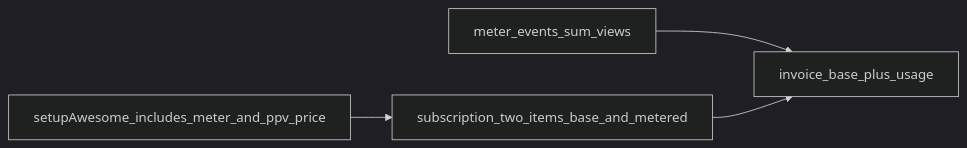
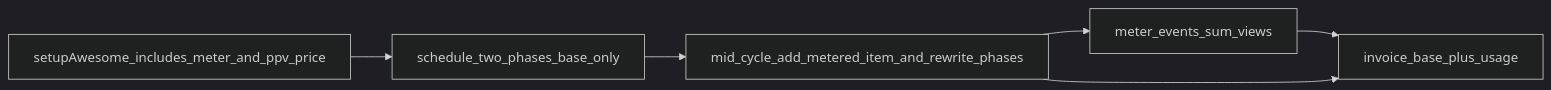
The third of 3 diagrams in docs/use-cases.md (luisY2K/stripe_node_teeswag), drawn with Mermaid (dark theme) before and after one commit. The commit also changed other lines of this file and 5 other files, not shown here.

````diff
--- a/docs/use-cases.md
+++ b/docs/use-cases.md
@@ -119,11 +156,14 @@
 ```mermaid
 flowchart LR
   setupPpv[setupAwesome_includes_meter_and_ppv_price]
-  subItems[subscription_two_items_base_and_metered]
+  sched[schedule_two_phases_base_only]
+  addPpv[mid_cycle_add_metered_item_and_rewrite_phases]
   meterEv[meter_events_sum_views]
   inv[invoice_base_plus_usage]
 
-  setupPpv --> subItems
+  setupPpv --> sched
+  sched --> addPpv
+  addPpv --> meterEv
   meterEv --> inv
-  subItems --> inv
+  addPpv --> inv
 ```
````
